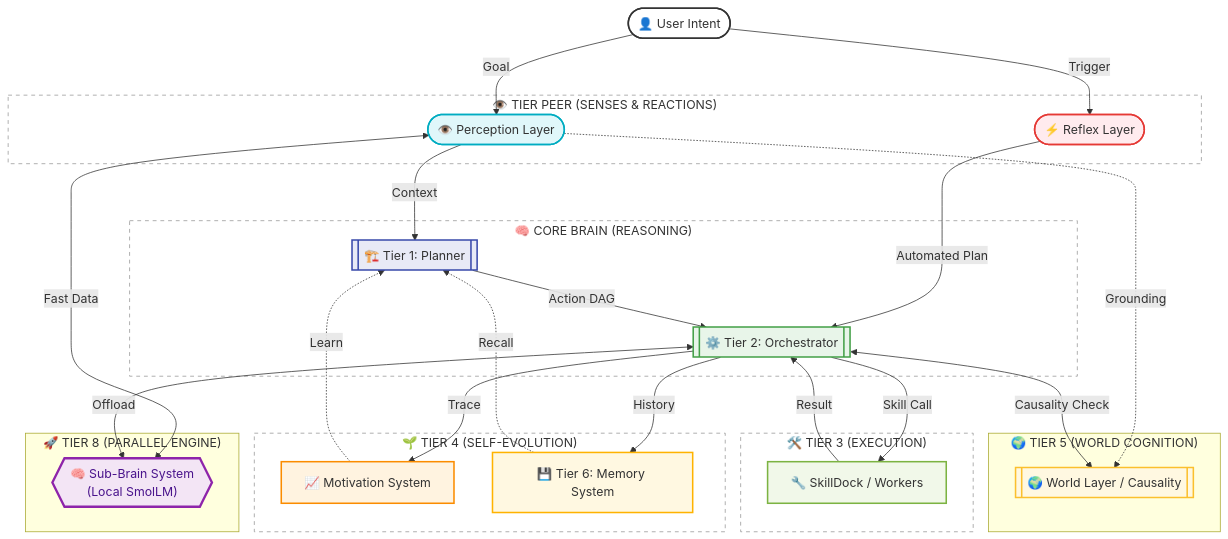
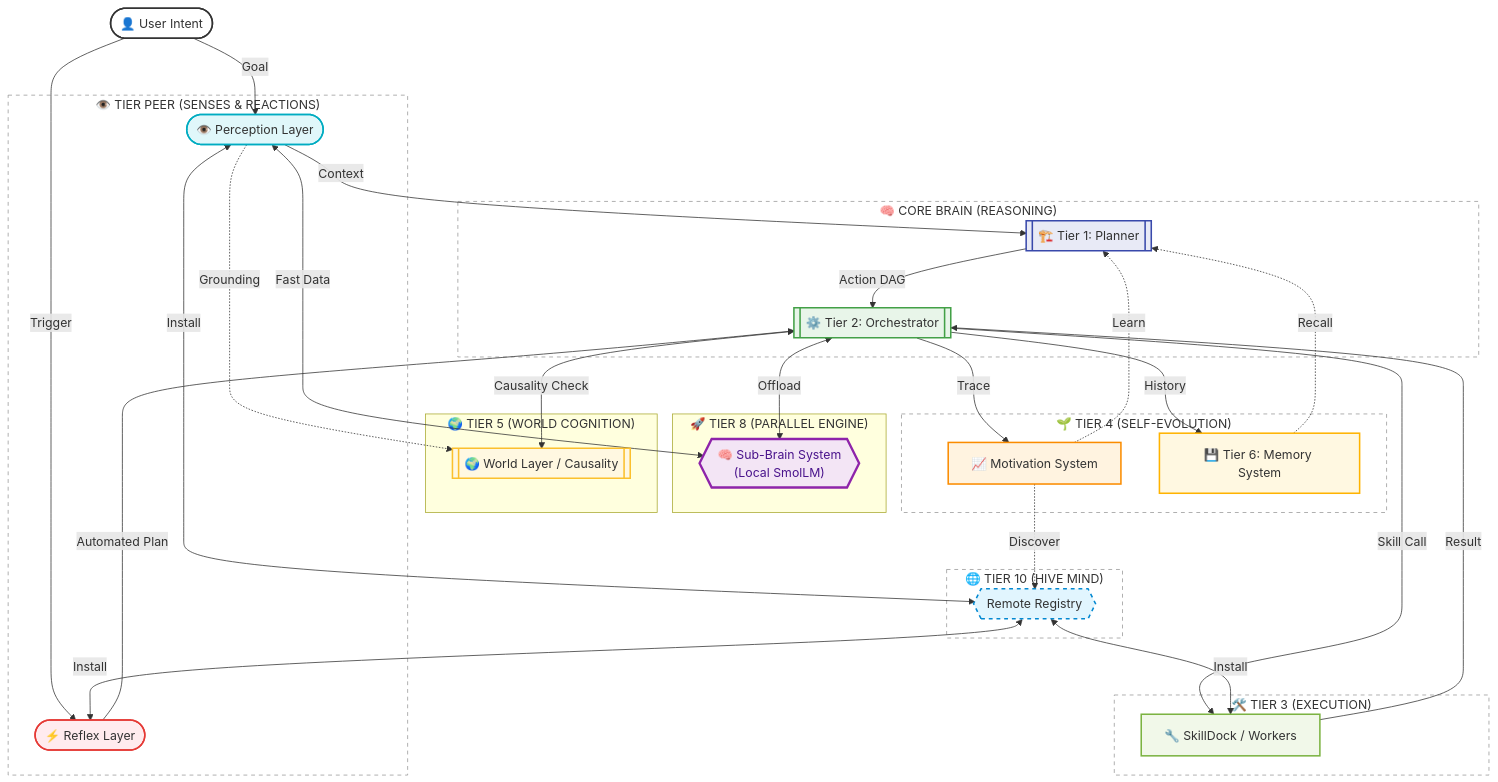
One commit to kanephamphu/connex-openagi changed the diagram in README.md. Above: the diagram before and after it, drawn with Mermaid. The commit also changed other lines of this file and 30 other files, not shown here.

Commit message:
feat: Implement motivation settings UI, perception acquisition, and enhanced logging for AGI modules.

````diff
--- a/README.md
+++ b/README.md
@@ -43,6 +43,10 @@
         Memory["💾 Tier 6: Memory System"]
     end
 
+    subgraph Community["🌐 TIER 10 (HIVE MIND)"]
+        Registry{{"Remote Registry"}}
+    end
+
     %% Flow Connections
     User -->|Goal| Perception
     User -->|Trigger| Reflex
@@ -65,6 +69,12 @@
     Motivation -.->|Learn| Planner
     Memory -.->|Recall| Planner
 
+    %% Registry Connections
+    Registry <-->|Install| SkillDock
+    Registry <-->|Install| Perception
+    Registry <-->|Install| Reflex
+    Motivation -.->|Discover| Registry
+
     %% Professional Styling
     style User fill:#fff,stroke:#333,stroke-width:2px
     style Perception fill:#e0f7fa,stroke:#00acc1,stroke-width:2px
@@ -76,10 +86,12 @@
     style SkillDock fill:#f1f8e9,stroke:#7cb342,stroke-width:2px
     style Motivation fill:#fff3e0,stroke:#fb8c00,stroke-width:2px
     style Memory fill:#fff8e1,stroke:#ffb300,stroke-width:2px
+    style Registry fill:#e1f5fe,stroke:#0288d1,stroke-width:2px,stroke-dasharray: 5 5
 
     %% Subgraph Styling
     style Senses fill:transparent,stroke:#999,stroke-dasharray: 5 5
     style Core fill:transparent,stroke:#999,stroke-dasharray: 5 5
     style Evolution fill:transparent,stroke:#999,stroke-dasharray: 5 5
     style Workers fill:transparent,stroke:#999,stroke-dasharray: 5 5
+    style Community fill:transparent,stroke:#999,stroke-dasharray: 5 5
 ```
````
